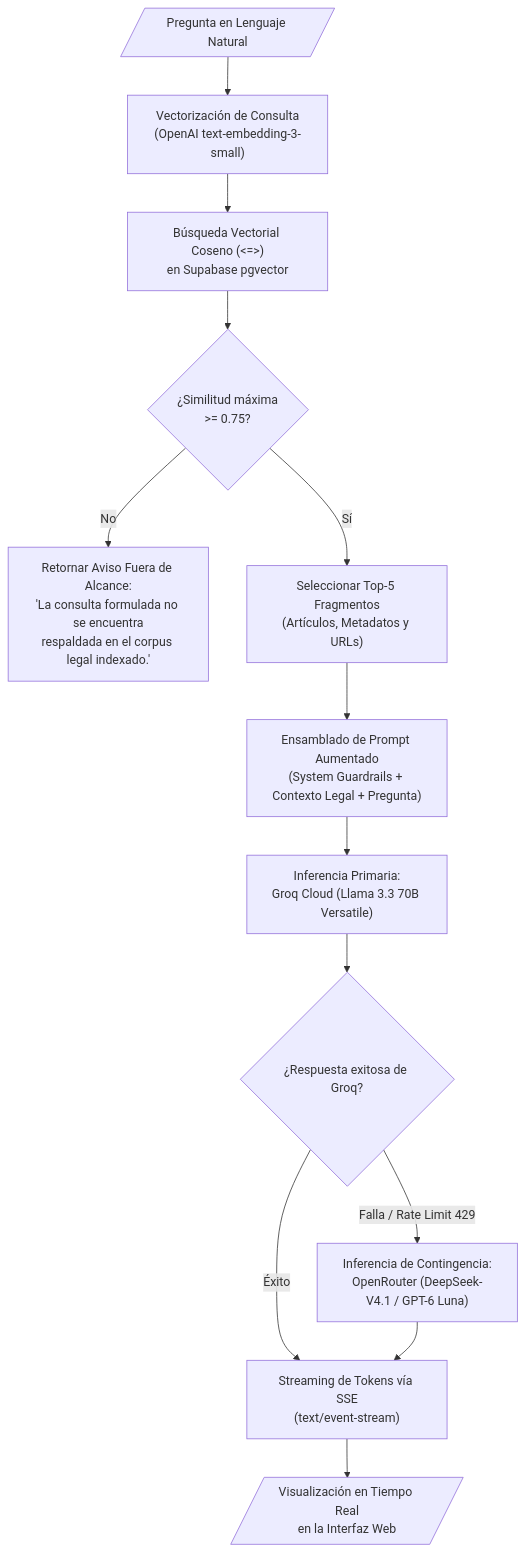
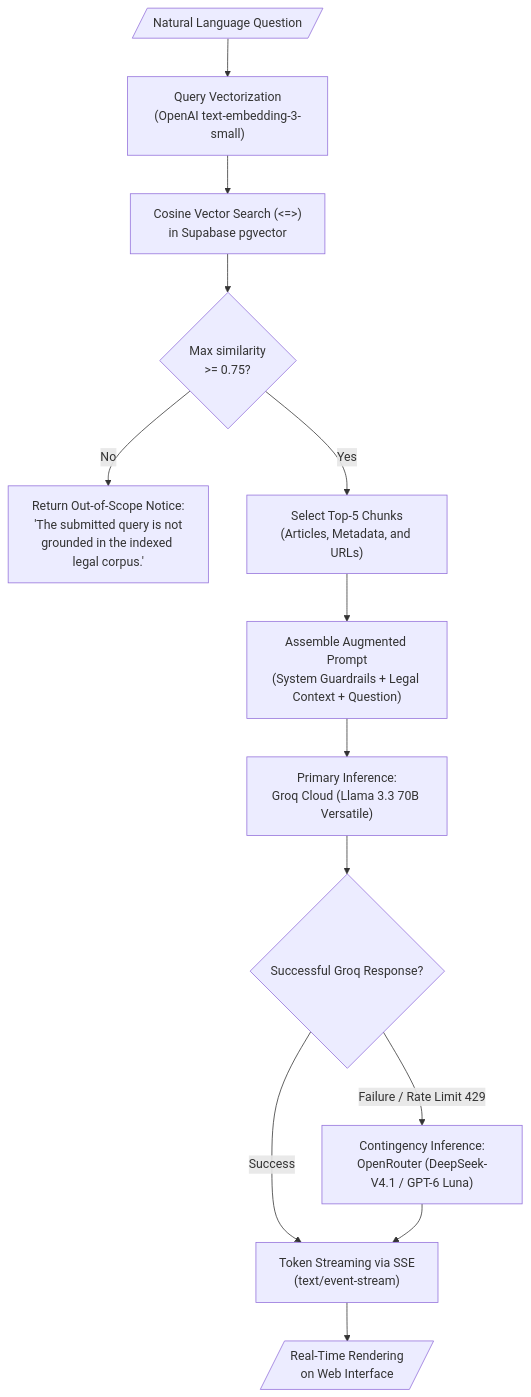
Before and after one commit to jorghee/inti-rag: the diagram in docs/modules/rag-pipeline.md, drawn with Mermaid. The commit also changed other lines of this file and 9 other files, not shown here.

````diff
--- a/docs/modules/rag-pipeline.md
+++ b/docs/modules/rag-pipeline.md
@@ -17,20 +17,20 @@
 ```mermaid
 flowchart TD
-    UserQuery[/"Pregunta en Lenguaje Natural"/] --> Embedding["Vectorización de Consulta\n(OpenAI text-embedding-3-small)"]
-    Embedding --> VectorQuery["Búsqueda Vectorial Coseno (<=>)\nen Supabase pgvector"]
+    UserQuery[/"Natural Language Question"/] --> Embedding["Query Vectorization\n(OpenAI text-embedding-3-small)"]
+    Embedding --> VectorQuery["Cosine Vector Search (<=>)\nin Supabase pgvector"]
     
-    VectorQuery --> ThresholdCheck{"¿Similitud máxima\n>= 0.75?"}
+    VectorQuery --> ThresholdCheck{"Max similarity\n>= 0.75?"}
     
-    ThresholdCheck -->|No| OutOfScopeResponse["Retornar Aviso Fuera de Alcance:\n'La consulta formulada no se encuentra\nrespaldada en el corpus legal indexado.'"]
-    ThresholdCheck -->|Sí| SelectTopK["Seleccionar Top-5 Fragmentos\n(Artículos, Metadatos y URLs)"]
+    ThresholdCheck -->|No| OutOfScopeResponse["Return Out-of-Scope Notice:\n'The submitted query is not\ngrounded in the indexed legal corpus.'"]
+    ThresholdCheck -->|Yes| SelectTopK["Select Top-5 Chunks\n(Articles, Metadata, and URLs)"]
     
-    SelectTopK --> PromptBuilder["Ensamblado de Prompt Aumentado\n(System Guardrails + Contexto Legal + Pregunta)"]
-    PromptBuilder --> PrimaryInference["Inferencia Primaria:\nGroq Cloud (Llama 3.3 70B Versatile)"]
+    SelectTopK --> PromptBuilder["Assemble Augmented Prompt\n(System Guardrails + Legal Context + Question)"]
+    PromptBuilder --> PrimaryInference["Primary Inference:\nGroq Cloud (Llama 3.3 70B Versatile)"]
     
-    PrimaryInference --> CheckInference{"¿Respuesta exitosa de Groq?"}
-    CheckInference -->|Falla / Rate Limit 429| FallbackInference["Inferencia de Contingencia:\nOpenRouter (DeepSeek-V4.1 / GPT-6 Luna)"]
-    CheckInference -->|Éxito| StreamSSE["Streaming de Tokens vía SSE\n(text/event-stream)"]
+    PrimaryInference --> CheckInference{"Successful Groq Response?"}
+    CheckInference -->|Failure / Rate Limit 429| FallbackInference["Contingency Inference:\nOpenRouter (DeepSeek-V4.1 / GPT-6 Luna)"]
+    CheckInference -->|Success| StreamSSE["Token Streaming via SSE\n(text/event-stream)"]
     FallbackInference --> StreamSSE
     
-    StreamSSE --> WebClient[/"Visualización en Tiempo Real\nen la Interfaz Web"/]
+    StreamSSE --> WebClient[/"Real-Time Rendering\non Web Interface"/]
 ```
````
